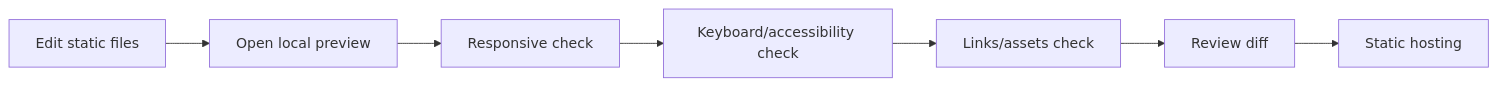
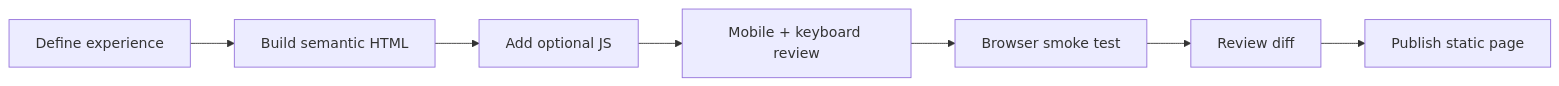
The third of 3 diagrams in docs/development-pipeline.md (HidayahMF/BirthdayGtya), drawn with Mermaid before and after one commit. The commit also changed other lines of this file, not shown here.

````diff
--- a/docs/development-pipeline.md
+++ b/docs/development-pipeline.md
@@ -47,9 +55,9 @@
 ```mermaid
 flowchart LR
-    EDIT[Edit static files] --> PREVIEW[Open local preview]
-    PREVIEW --> MOBILE[Responsive check]
-    MOBILE --> KEYBOARD[Keyboard/accessibility check]
-    KEYBOARD --> LINKS[Links/assets check]
-    LINKS --> REVIEW[Review diff]
-    REVIEW --> DEPLOY[Static hosting]
+    A[Define experience] --> B[Build semantic HTML]
+    B --> C[Add optional JS]
+    C --> D[Mobile + keyboard review]
+    D --> E[Browser smoke test]
+    E --> F[Review diff]
+    F --> G[Publish static page]
 ```
````
